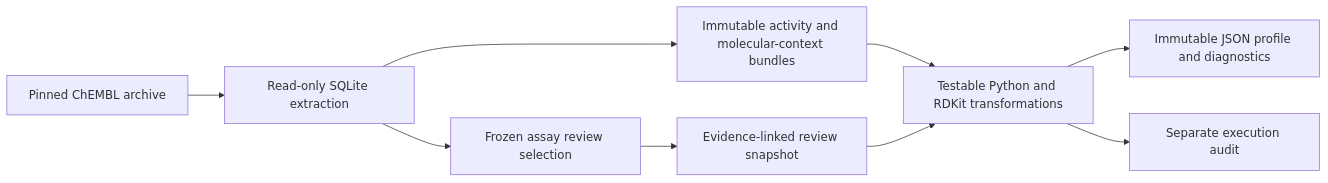
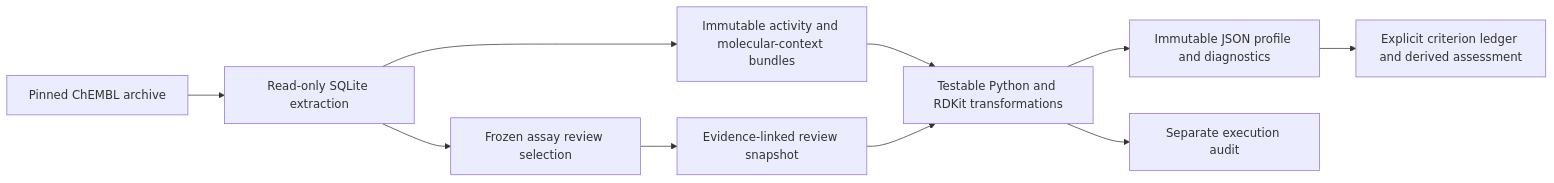
Before and after one commit to emiliourbinaar/AssayTrace: the diagram in README.md, drawn with Mermaid. The commit also changed 9 other files, not shown here.

````diff
--- a/README.md
+++ b/README.md
@@ -32,11 +32,12 @@
 ```mermaid
 flowchart LR
   A[Pinned ChEMBL archive] --> B[Read-only SQLite extraction]
   B --> C[Immutable activity and molecular-context bundles]
   B --> D[Frozen assay review selection]
   D --> E[Evidence-linked review snapshot]
   C --> F[Testable Python and RDKit transformations]
   E --> F
   F --> G[Immutable JSON profile and diagnostics]
   F --> H[Separate execution audit]
+  G --> I[Explicit criterion ledger and derived assessment]
 ```
````
